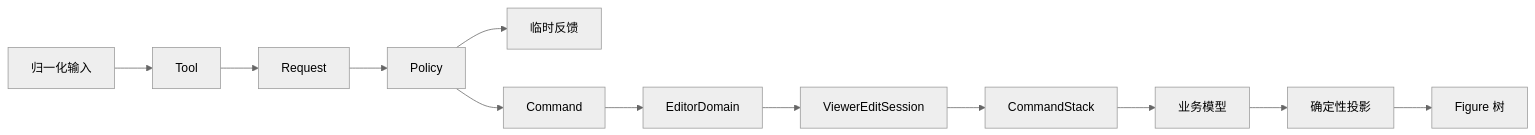
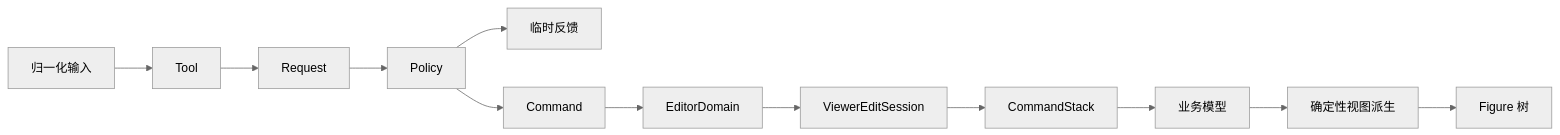
Before and after one commit to yezhang/novadraw: the first of 2 diagrams in engine/wasm_rust/novadraw/book/internals/src/12-editing-protocol.md, drawn with Mermaid (neutral theme). The commit also changed other lines of this file and 46 other files, not shown here.

````diff
--- a/engine/wasm_rust/novadraw/book/internals/src/12-editing-protocol.md
+++ b/engine/wasm_rust/novadraw/book/internals/src/12-editing-protocol.md
@@ -37,14 +37,14 @@
 ```mermaid
 flowchart LR
     Input[归一化输入] --> Tool
     Tool --> Request
     Request --> Policy
     Policy --> Feedback[临时反馈]
     Policy --> Command
     Command --> Domain[EditorDomain]
     Domain --> Session[ViewerEditSession]
     Session --> Stack[CommandStack]
     Stack --> Model[业务模型]
-    Model --> Viewer[确定性投影]
+    Model --> Viewer[确定性视图派生]
     Viewer --> Figure[Figure 树]
 ```
````
